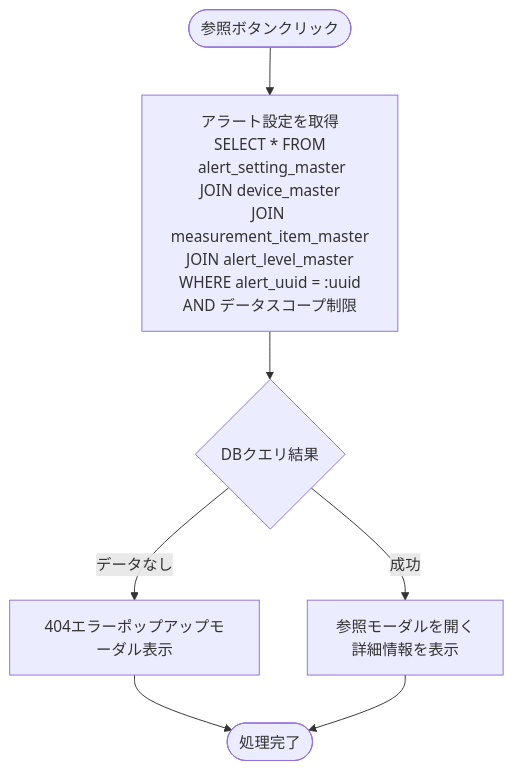
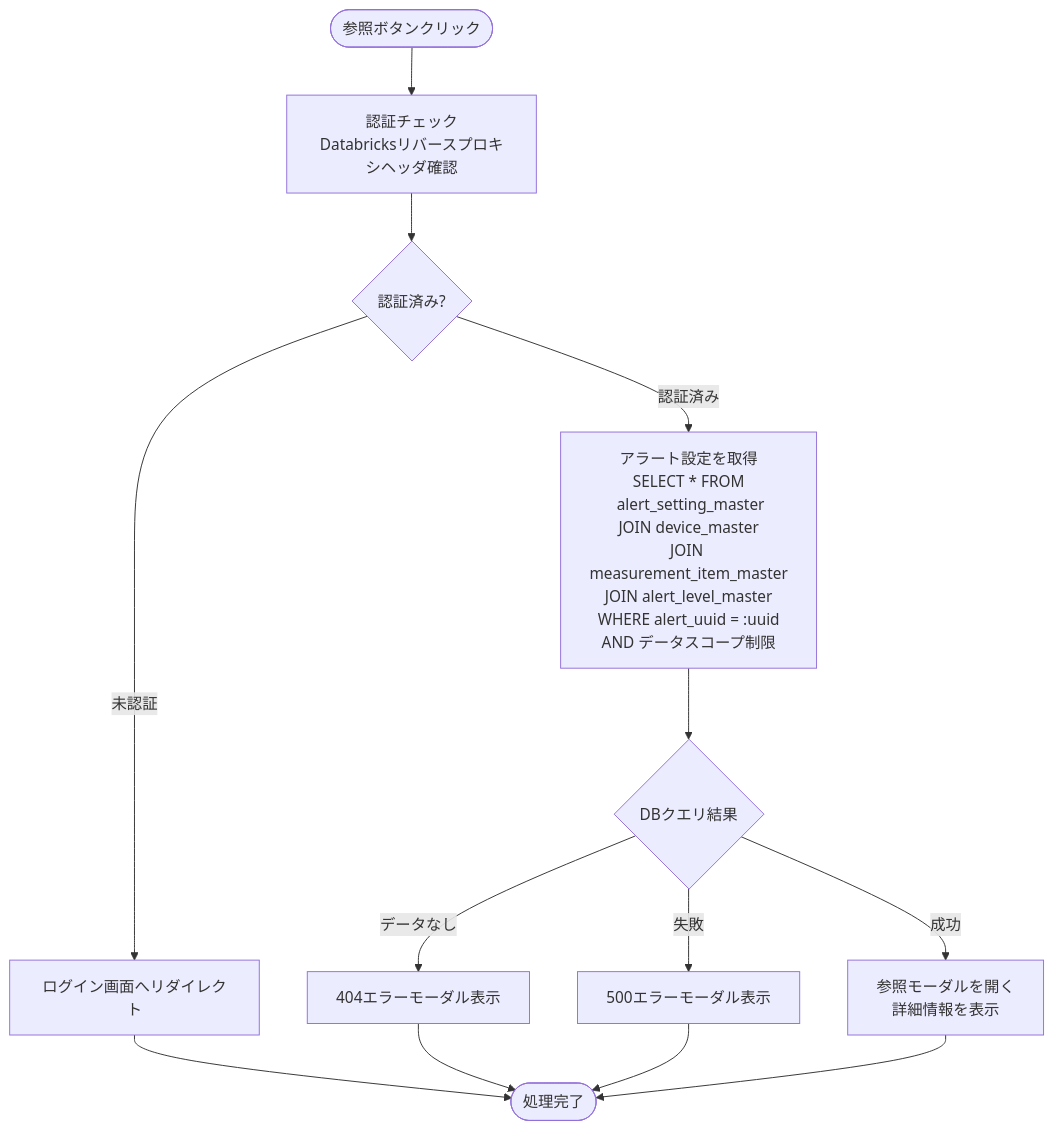
The eighth of 9 diagrams in docs/03-features/flask-app/alert-settings/workflow-specification.md (NSW-SVCP-AIWG002/Databricks-IoT), drawn with Mermaid before and after one commit. The commit also changed other lines of this file and 2 other files, not shown here.

````diff
--- a/docs/03-features/flask-app/alert-settings/workflow-specification.md
+++ b/docs/03-features/flask-app/alert-settings/workflow-specification.md
@@ -669,11 +717,19 @@
 ```mermaid
 flowchart TD
-    Start([参照ボタンクリック]) --> GetID[アラート設定を取得<br>SELECT * FROM<br> alert_setting_master<br>JOIN device_master<br>JOIN measurement_item_master<br>JOIN alert_level_master<br>WHERE alert_uuid = :uuid<br>AND データスコープ制限]
+    Start([参照ボタンクリック]) --> Auth[認証チェック<br>Databricksリバースプロキシヘッダ確認]
+    Auth --> CheckAuth{認証済み?}
+    CheckAuth -->|未認証| Error401[ログイン画面へリダイレクト]
+    Error401 --> End([処理完了])
+
+    CheckAuth -->|認証済み| GetID[アラート設定を取得<br>SELECT * FROM<br> alert_setting_master<br>JOIN device_master<br>JOIN measurement_item_master<br>JOIN alert_level_master<br>WHERE alert_uuid = :uuid<br>AND データスコープ制限]
     GetID --> Check{DBクエリ結果}
 
-    Check -->|データなし| Error404[404エラーポップアップモーダル表示]
+    Check -->|データなし| Error404[404エラーモーダル表示]
     Error404 --> End
 
+    Check -->|失敗| Error500[500エラーモーダル表示]
+    Error500 --> End
+
     Check -->|成功| OpenModal[参照モーダルを開く<br>詳細情報を表示]
-    OpenModal --> End([処理完了])
+    OpenModal --> End
 ```
````
